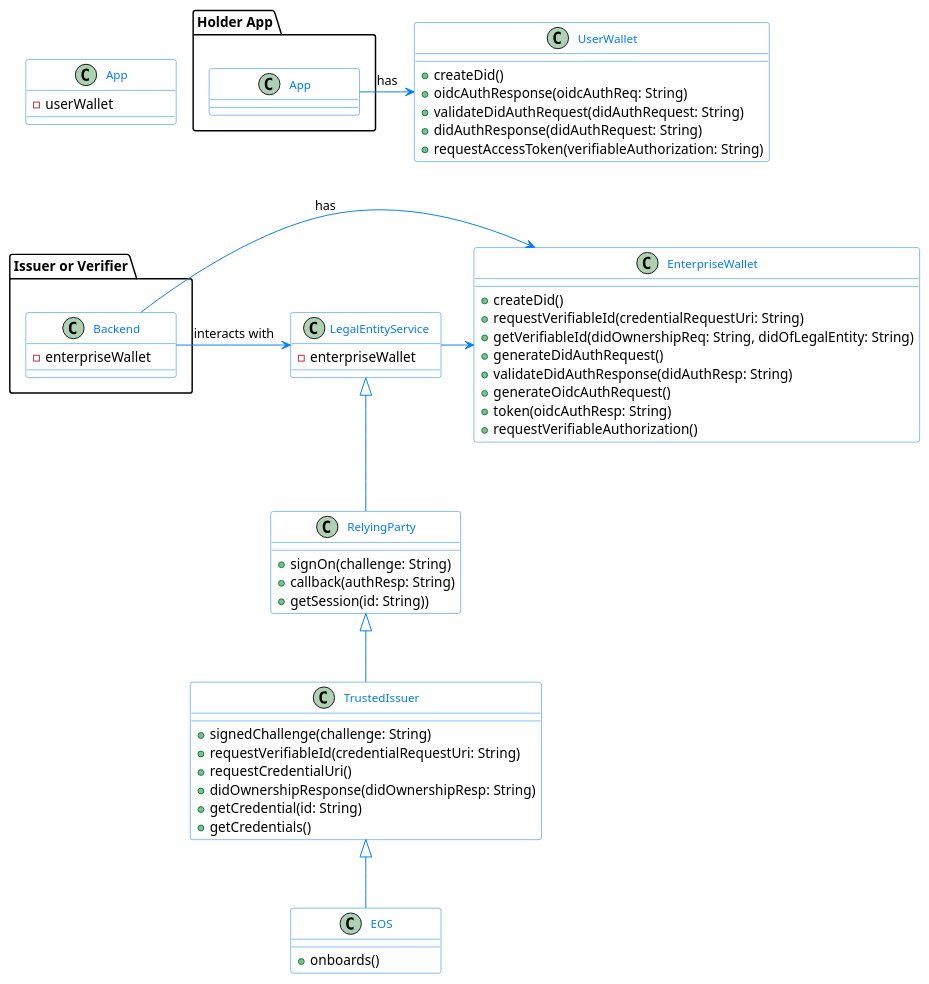
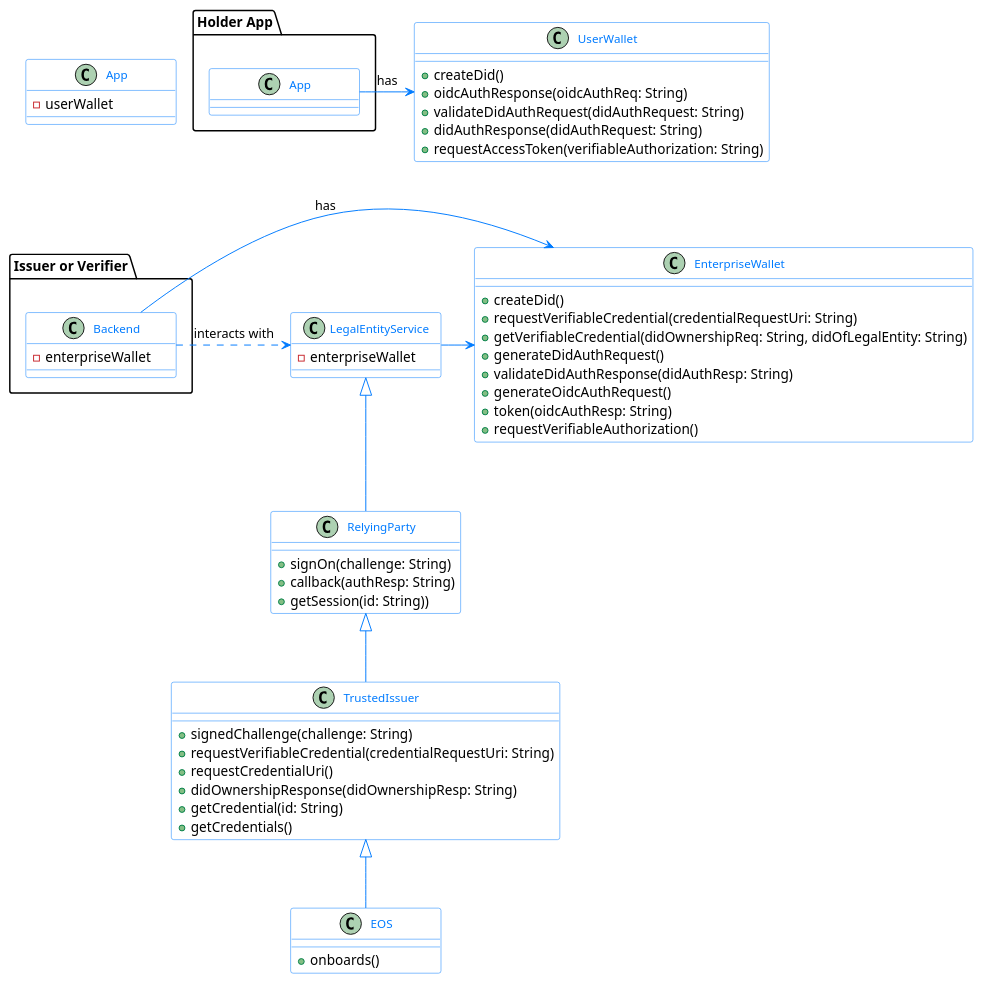
The diagram in src/main/kotlin/org/letstrust/examples/letstrust-essif-components.puml (walt-id/waltid-ssikit), drawn with PlantUML before and after one commit. The commit also changed 6 other files, not shown here.

Commit message:
Renamed verifiable ID request

```diff
--- a/src/main/kotlin/org/letstrust/examples/letstrust-essif-components.puml
+++ b/src/main/kotlin/org/letstrust/examples/letstrust-essif-components.puml
@@ -1,98 +1,98 @@
 @startuml
 'https://plantuml.com/class-diagram
 
 skinparam classFontColor 007BFF
 skinparam classFontSize 12
 skinparam classFontName Aapex
 skinparam backgroundColor white
 skinparam minClassWidth 155
 skinparam nodesep 34
 skinparam ranksep 70
 
 skinparam class {
 BorderColor 007BFF
 ArrowColor 007BFF
 BackgroundColor white
 }
 
 skinparam interface {
 BorderColor 007BFF
 ArrowColor 007BFF
 }
 
 skinparam note {
 BorderColor 007BFF
 BackgroundColor 7ACFF5
 }
 
 package "Issuer or Verifier" {
 class Backend {
  - enterpriseWallet
  }
 }
 
 Backend -> EnterpriseWallet: has
-Backend -> LegalEntityService: interacts with
+Backend .right.> LegalEntityService: interacts with
 LegalEntityService -> EnterpriseWallet
 LegalEntityService <|-- RelyingParty
 RelyingParty <|-- TrustedIssuer
 TrustedIssuer <|-- EOS
 
 'EnterpriseWallet ..> EOS: onboards >
 'UserWallet ..> EOS: onboards >
 
 package "Holder App" {
 class App
 }
 
 App -> UserWallet: has
 
 class EnterpriseWallet {
 + createDid()
-+ requestVerifiableId(credentialRequestUri: String)
-+ getVerifiableId(didOwnershipReq: String, didOfLegalEntity: String)
++ requestVerifiableCredential(credentialRequestUri: String)
++ getVerifiableCredential(didOwnershipReq: String, didOfLegalEntity: String)
 + generateDidAuthRequest()
 + validateDidAuthResponse(didAuthResp: String)
 + generateOidcAuthRequest()
 + token(oidcAuthResp: String)
 + requestVerifiableAuthorization()
 }
 
 class UserWallet {
 + createDid()
 + oidcAuthResponse(oidcAuthReq: String)
 + validateDidAuthRequest(didAuthRequest: String)
 + didAuthResponse(didAuthRequest: String)
 + requestAccessToken(verifiableAuthorization: String)
 }
 
 class LegalEntityService {
  - enterpriseWallet
 }
 
 class RelyingParty {
  + signOn(challenge: String)
  + callback(authResp: String)
  + getSession(id: String))
 }
 
 class TrustedIssuer {
  + signedChallenge(challenge: String)
- + requestVerifiableId(credentialRequestUri: String)
+ + requestVerifiableCredential(credentialRequestUri: String)
  + requestCredentialUri()
  + didOwnershipResponse(didOwnershipResp: String)
  + getCredential(id: String)
  + getCredentials()
 }
 
 class EOS {
  + onboards()
 }
 
 class App {
  - userWallet
 }
 
 App -[hidden]- Backend
 
 @enduml
```
